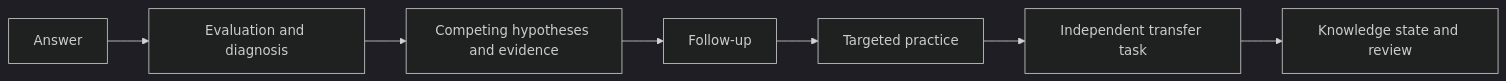
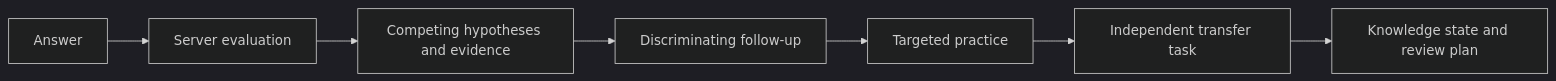
One commit to KaoruMiyagawa/UnlearnLoop changed the first of 2 diagrams in README_EN.md. Above: the diagram before and after it, drawn with Mermaid (dark theme). The commit also changed other lines of this file and 102 other files, not shown here.

````diff
--- a/README_EN.md
+++ b/README_EN.md
@@ -15,9 +17,9 @@
 ```mermaid
 flowchart LR
-    A[Answer] --> B[Evaluation and diagnosis]
+    A[Answer] --> B[Server evaluation]
     B --> C[Competing hypotheses and evidence]
-    C --> D[Follow-up]
+    C --> D[Discriminating follow-up]
     D --> E[Targeted practice]
     E --> F[Independent transfer task]
-    F --> G[Knowledge state and review]
+    F --> G[Knowledge state and review plan]
 ```
````
